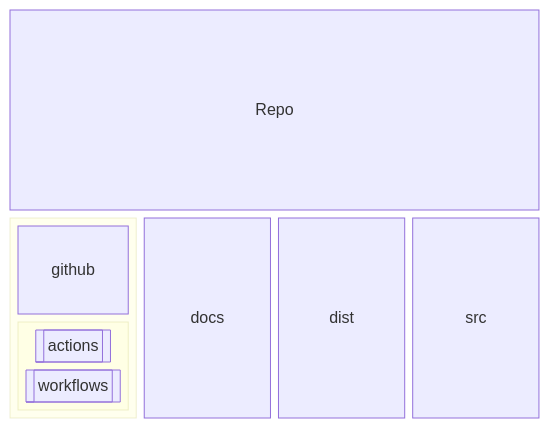
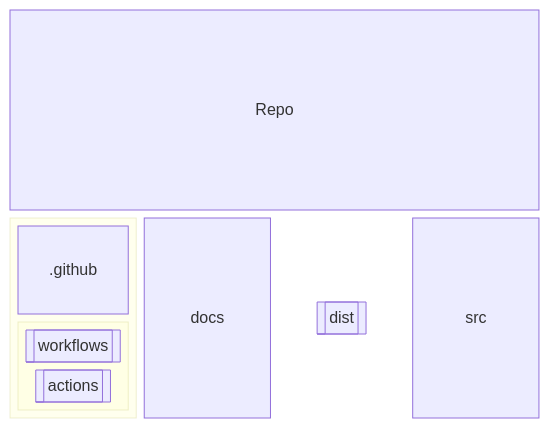
The first of 3 diagrams in README.md (Zheng-Bote/repo-template), drawn with Mermaid before and after one commit. The commit also changed other lines of this file, not shown here.

Commit message:
feat: Mermaid extended

````diff
--- a/README.md
+++ b/README.md
@@ -184,15 +187,15 @@
 ```mermaid
 block-beta
   columns 4
   Repo:4
   block:group1:1
     columns 1
-    github
+    id0[".github"]
     block:group2:1
       columns 1
-      id1[["actions"]]
-      id2[["workflows"]]
+      id1[["workflows"]]
+      id2[["actions"]]
     end
   end
-  docs dist src
+  docs id3[["dist"]] src
 ```
````
